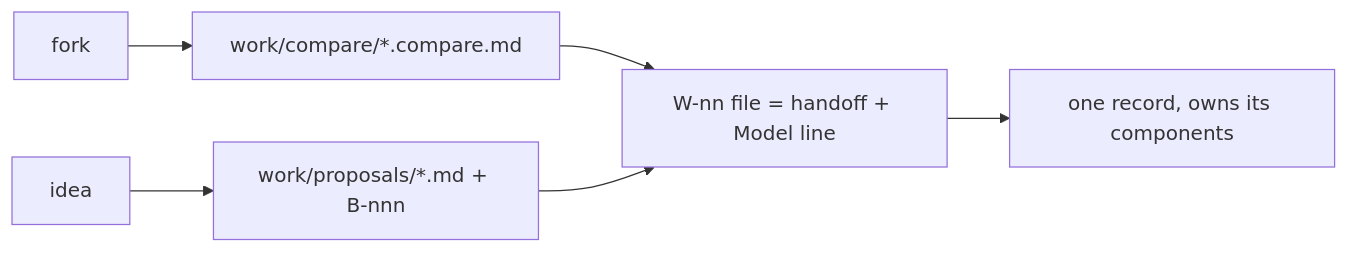
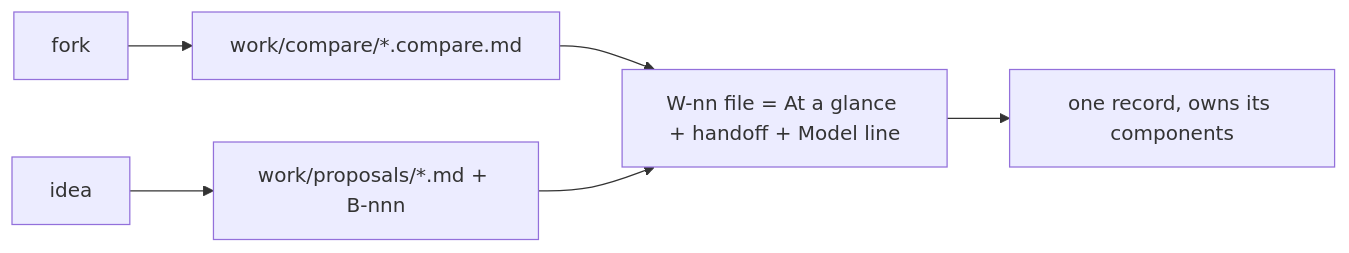
One commit to arpitarya/pdf-testing-suite changed the diagram in records/0053_WORK-lifecycle.md. Above: the diagram before and after it, drawn with Mermaid. The commit also changed other lines of this file and 157 other files, not shown here.

````diff
--- a/records/0053_WORK-lifecycle.md
+++ b/records/0053_WORK-lifecycle.md
@@ -27,8 +34,8 @@
 ```mermaid
 flowchart LR
     F["fork"] --> C["work/compare/*.compare.md"]
     I["idea"] --> P["work/proposals/*.md + B-nnn"]
-    C --> W["W-nn file = handoff + Model line"]
+    C --> W["W-nn file = At a glance + handoff + Model line"]
     P --> W
     W --> R["one record, owns its components"]
 ```
````
